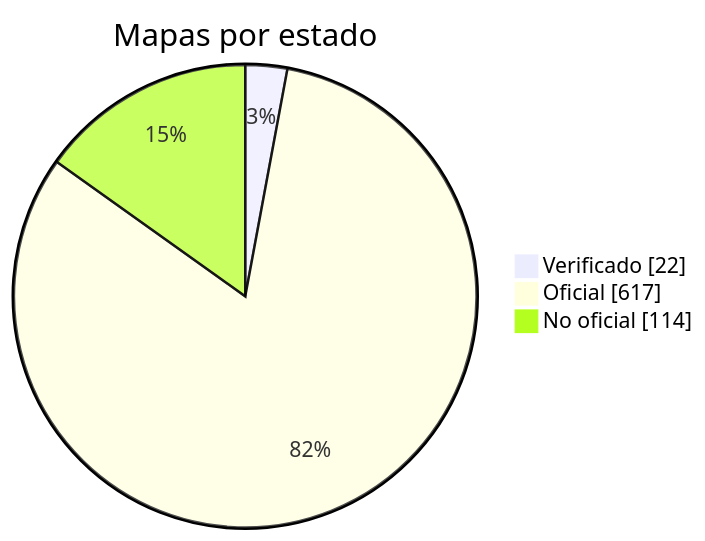
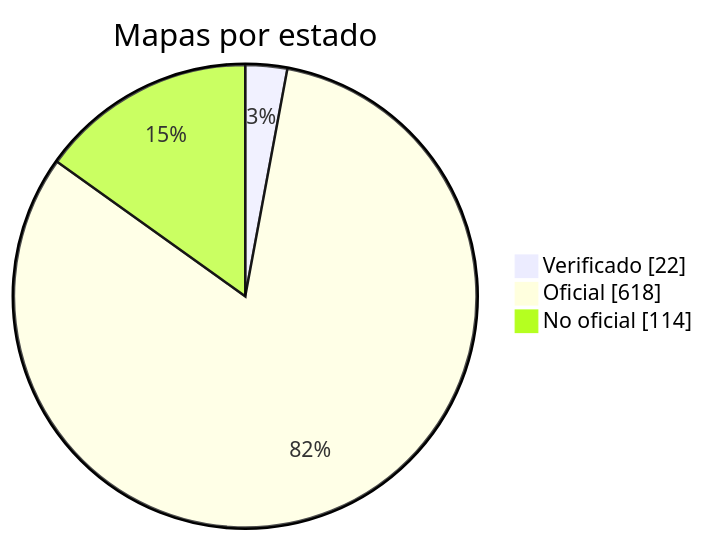
Before and after one commit to nobrega8/mbmap-library: the diagram in docs/readme/README_ES.md, drawn with Mermaid. The commit also changed 6 other files, not shown here.

````diff
--- a/docs/readme/README_ES.md
+++ b/docs/readme/README_ES.md
@@ -54,7 +54,7 @@
 ```mermaid
 pie showData
     title Mapas por estado
     "Verificado" : 22
-    "Oficial" : 617
+    "Oficial" : 618
     "No oficial" : 114
 ```
````
